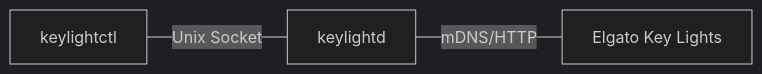
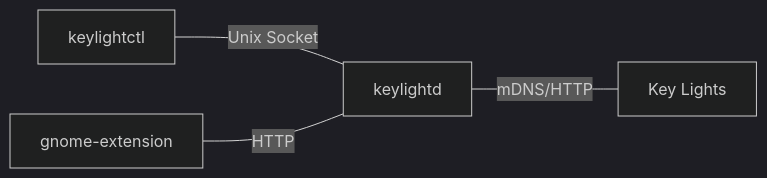
The diagram in README.md (jmylchreest/keylightd), drawn with Mermaid (dark theme) before and after one commit. The commit also changed other lines of this file, not shown here.

````diff
--- a/README.md
+++ b/README.md
@@ -19,5 +21,6 @@
 ```mermaid
 graph LR
     A[keylightctl] ---|Unix Socket| B[keylightd]
-    B ---|mDNS/HTTP| C[Elgato Key Lights]
+    D[gnome-extension] ---|HTTP| B
+    B ---|mDNS/HTTP| C[Key Lights]
 ```
````
